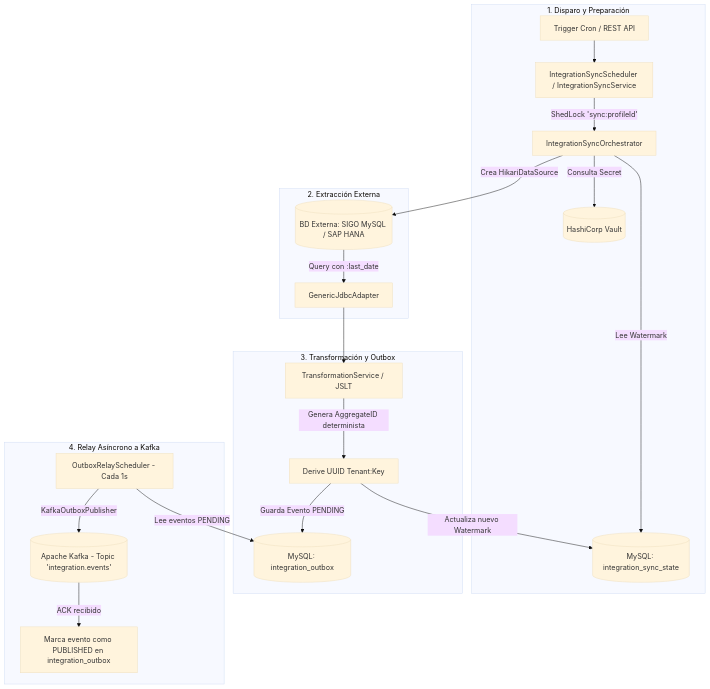
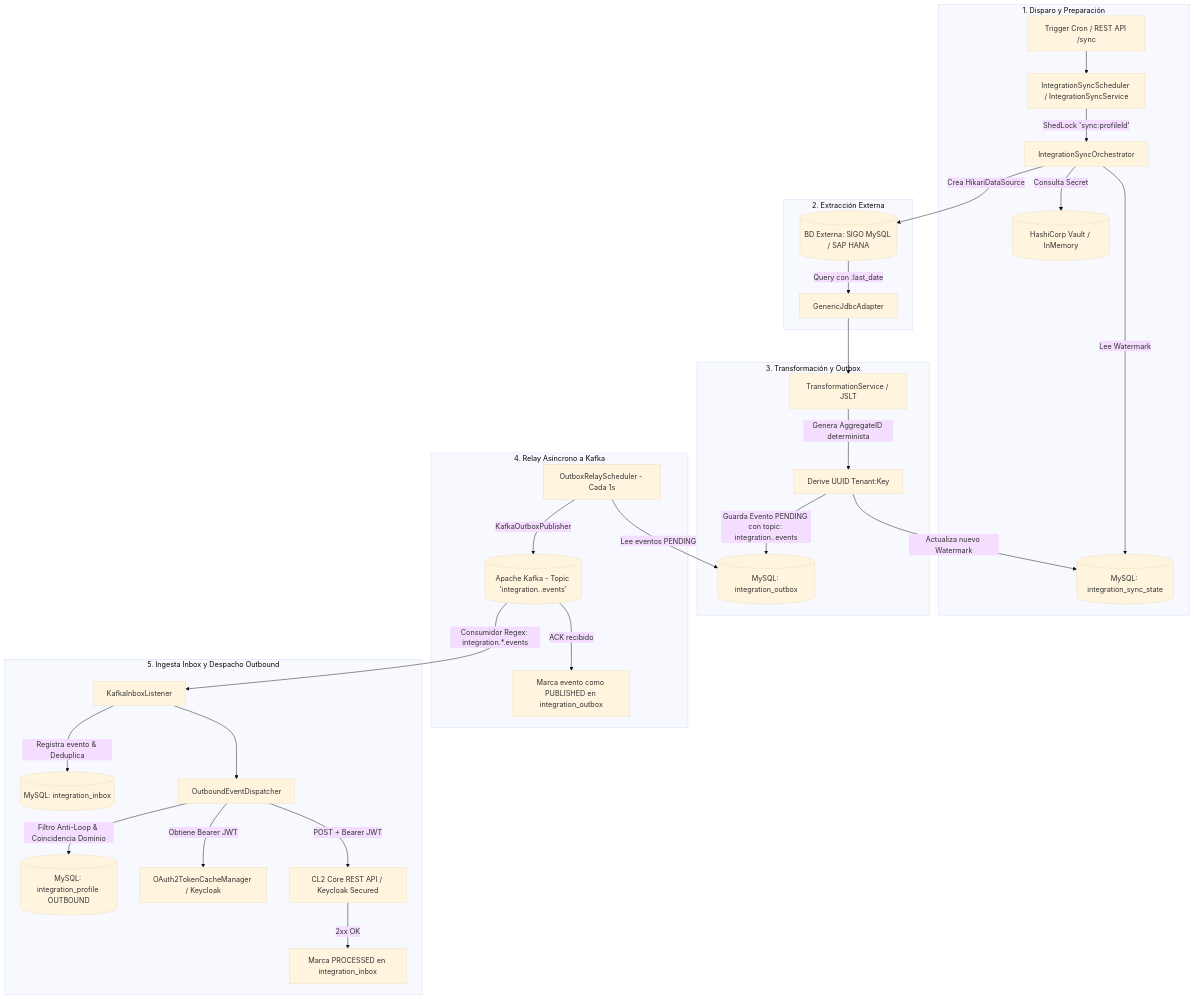
Before and after one commit to ianache/systemintegrator: the diagram in docs/flujo-procesamiento.md, drawn with Mermaid (base theme). The commit also changed other lines of this file and 2 other files, not shown here.

Commit message:
docs: update solution architecture, processing flow and outbound guide with domain topics and keycloak oauth2

````diff
--- a/docs/flujo-procesamiento.md
+++ b/docs/flujo-procesamiento.md
@@ -9,27 +9,37 @@
 ```mermaid
 flowchart TD
     subgraph 1. Disparo y Preparación
-        A[Trigger Cron / REST API] --> B[IntegrationSyncScheduler / IntegrationSyncService]
+        A[Trigger Cron / REST API /sync] --> B[IntegrationSyncScheduler / IntegrationSyncService]
         B -->|ShedLock 'sync:profileId'| C[IntegrationSyncOrchestrator]
-        C -->|Consulta Secret| D[(HashiCorp Vault)]
+        C -->|Consulta Secret| D[(HashiCorp Vault / InMemory)]
         C -->|Lee Watermark| E[(MySQL: integration_sync_state)]
     end
 
     subgraph 2. Extracción Externa
         C -->|Crea HikariDataSource| F[(BD Externa: SIGO MySQL / SAP HANA)]
         F -->|Query con :last_date| G[GenericJdbcAdapter]
     end
 
     subgraph 3. Transformación y Outbox
         G --> H[TransformationService / JSLT]
         H -->|Genera AggregateID determinista| I[Derive UUID Tenant:Key]
-        I -->|Guarda Evento PENDING| J[(MySQL: integration_outbox)]
+        I -->|Guarda Evento PENDING con topic: integration.<domain>.events| J[(MySQL: integration_outbox)]
         I -->|Actualiza nuevo Watermark| E
     end
 
     subgraph 4. Relay Asíncrono a Kafka
         K[OutboxRelayScheduler - Cada 1s] -->|Lee eventos PENDING| J
-        K -->|KafkaOutboxPublisher| L[(Apache Kafka - Topic 'integration.events')]
+        K -->|KafkaOutboxPublisher| L[(Apache Kafka - Topic 'integration.<businessDomain>.events')]
         L -->|ACK recibido| M[Marca evento como PUBLISHED en integration_outbox]
     end
+
+    subgraph 5. Ingesta Inbox y Despacho Outbound
+        L -->|Consumidor Regex: integration.*.events| N[KafkaInboxListener]
+        N -->|Registra evento & Deduplica| O[(MySQL: integration_inbox)]
+        N --> P[OutboundEventDispatcher]
+        P -->|Filtro Anti-Loop & Coincidencia Dominio| Q[(MySQL: integration_profile OUTBOUND)]
+        P -->|Obtiene Bearer JWT| R[OAuth2TokenCacheManager / Keycloak]
+        P -->|POST + Bearer JWT| S[CL2 Core REST API / Keycloak Secured]
+        S -->|2xx OK| T[Marca PROCESSED en integration_inbox]
+    end
 ```
````
